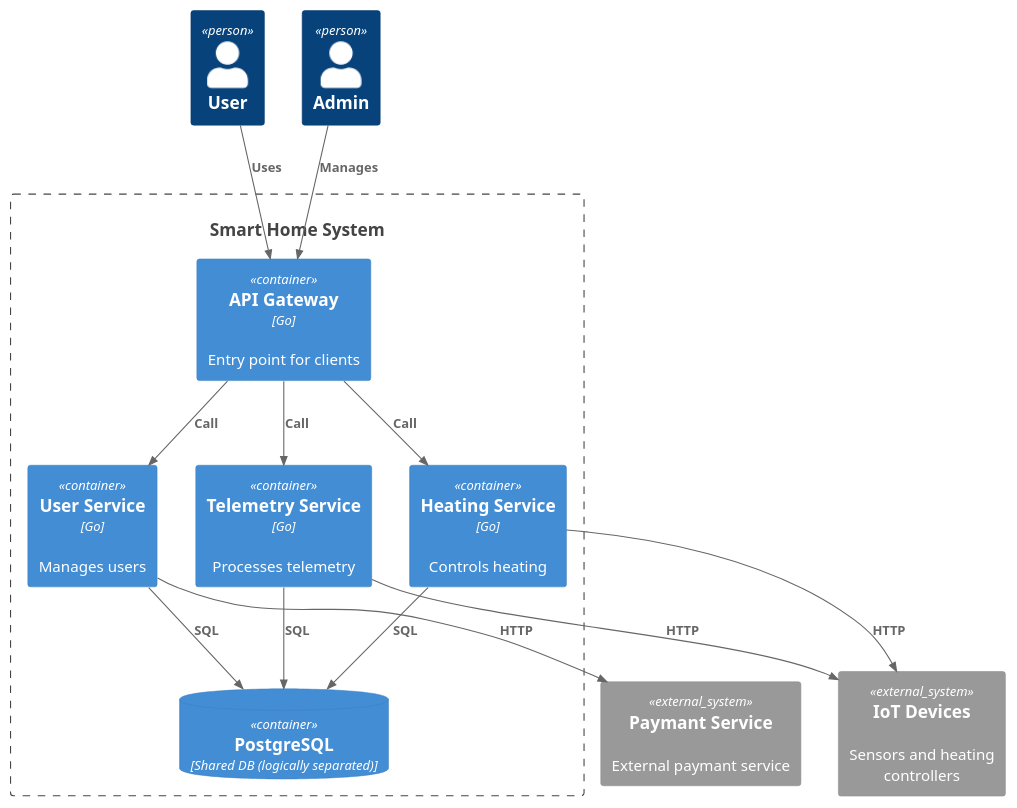
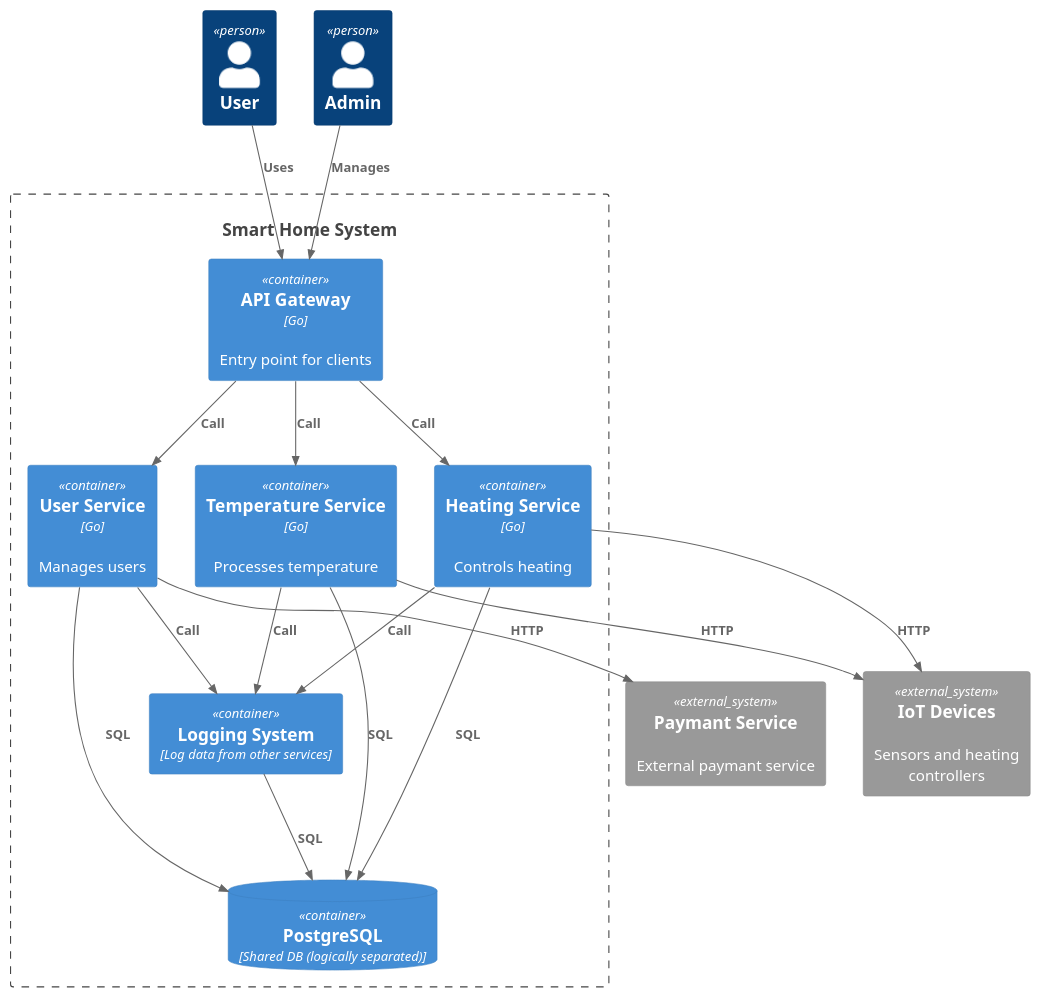
Before and after one commit to Moulten/architecture-warmhouse: the diagram in apps/temperature-api/diagrams/Container_C4.puml, drawn with PlantUML. The commit also changed 2 other files, not shown here.

Commit message:
Add log system

```diff
--- a/apps/temperature-api/diagrams/Container_C4.puml
+++ b/apps/temperature-api/diagrams/Container_C4.puml
@@ -1,40 +1,45 @@
 @startuml
 top to bottom direction
 
 !include https://raw.githubusercontent.com/plantuml-stdlib/C4-PlantUML/master/C4_Container.puml
 
 Person(user, "User")
 Person(admin, "Admin")
 
 System(system, "Smart Home System")
 
 System_Ext(devices, "IoT Devices", "Sensors and heating controllers")
 System_Ext(PaymantService, "Paymant Service", "External paymant service")
 
 Container_Boundary(system, "Smart Home System") {
 
     Container(api, "API Gateway", "Go", "Entry point for clients")
 
     Container(userService, "User Service", "Go", "Manages users")
-    Container(telemetryService, "Telemetry Service", "Go", "Processes telemetry")
+    Container(temperatureService, "Temperature Service", "Go", "Processes temperature")
     Container(heatingService, "Heating Service", "Go", "Controls heating")
+    Container(logging, "Logging System", "Log data from other services")
     ContainerDb(db, "PostgreSQL", "Shared DB (logically separated)")
 }
 
 Rel(user, api, "Uses")
 Rel(admin, api, "Manages")
 
 Rel(api, userService, "Call")
-Rel(api, telemetryService, "Call")
+Rel(api, temperatureService, "Call")
 Rel(api, heatingService, "Call")
 
 Rel(userService, db, "SQL")
+Rel(temperatureService, db, "SQL")
+Rel(heatingService, db, "SQL")
+Rel(logging, db, "SQL")
 
-Rel(telemetryService, db, "SQL")
-Rel(heatingService, db, "SQL")
+Rel(userService, logging, "Call")
+Rel(temperatureService, logging, "Call")
+Rel(heatingService, logging, "Call")
 
-Rel(telemetryService, devices, "HTTP")
+Rel(temperatureService, devices, "HTTP")
 Rel(heatingService, devices, "HTTP")
 Rel(userService, PaymantService, "HTTP")
 
 @enduml
```
